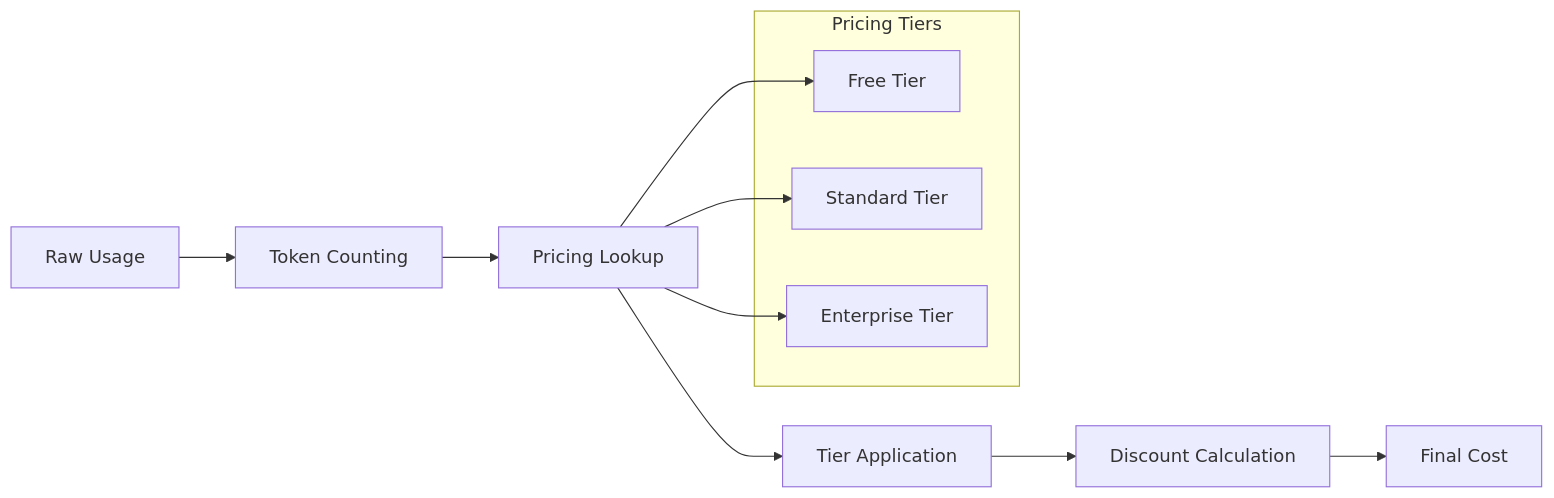
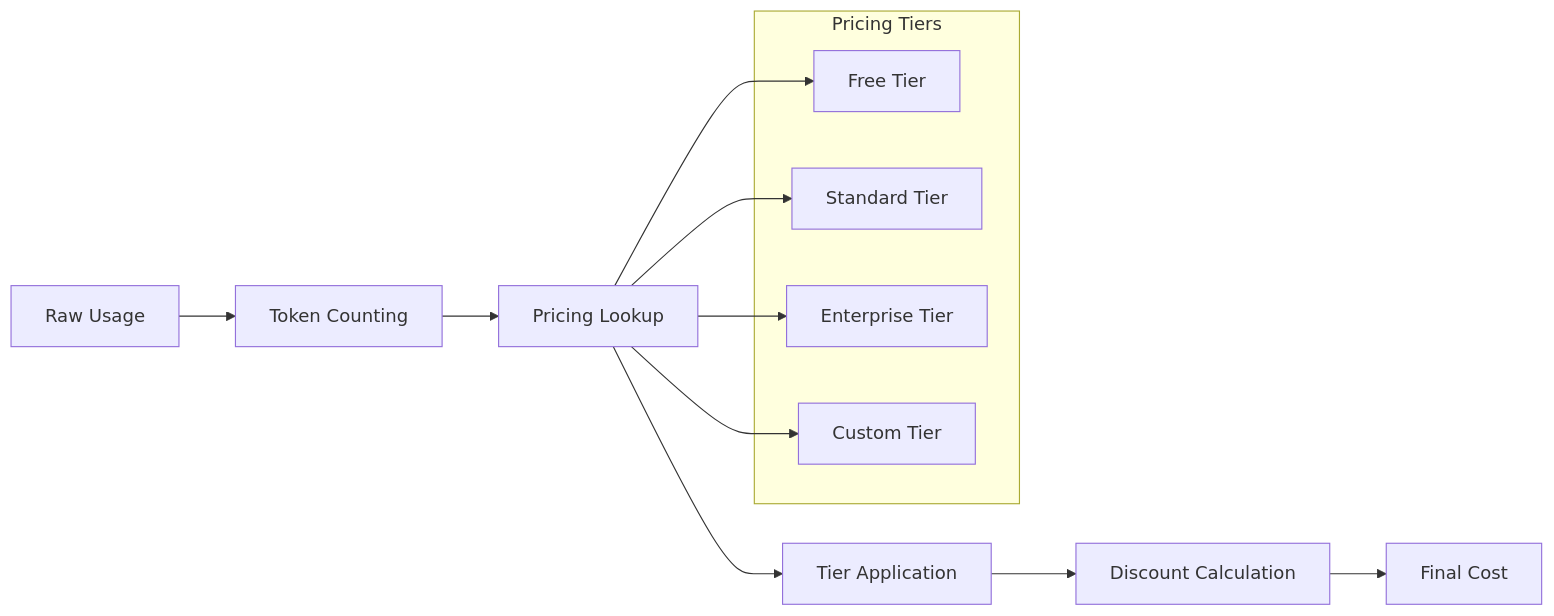
The fifth of 5 diagrams in .qoder/repowiki/en/content/API Reference/Analytics API.md (HassanAmeer/cheaprouter), drawn with Mermaid before and after one commit. The commit also changed other lines of this file and 54 other files, not shown here.

````diff
--- a/.qoder/repowiki/en/content/API Reference/Analytics API.md
+++ b/.qoder/repowiki/en/content/API Reference/Analytics API.md
@@ -397,16 +473,18 @@
 ```mermaid
 flowchart LR
 A[Raw Usage] --> B[Token Counting]
 B --> C[Pricing Lookup]
 C --> D[Tier Application]
 D --> E[Discount Calculation]
 E --> F[Final Cost]
 subgraph "Pricing Tiers"
 G[Free Tier]
 H[Standard Tier]
 I[Enterprise Tier]
+J[Custom Tier]
 end
 C --> G
 C --> H
 C --> I
+C --> J
 ```
````
